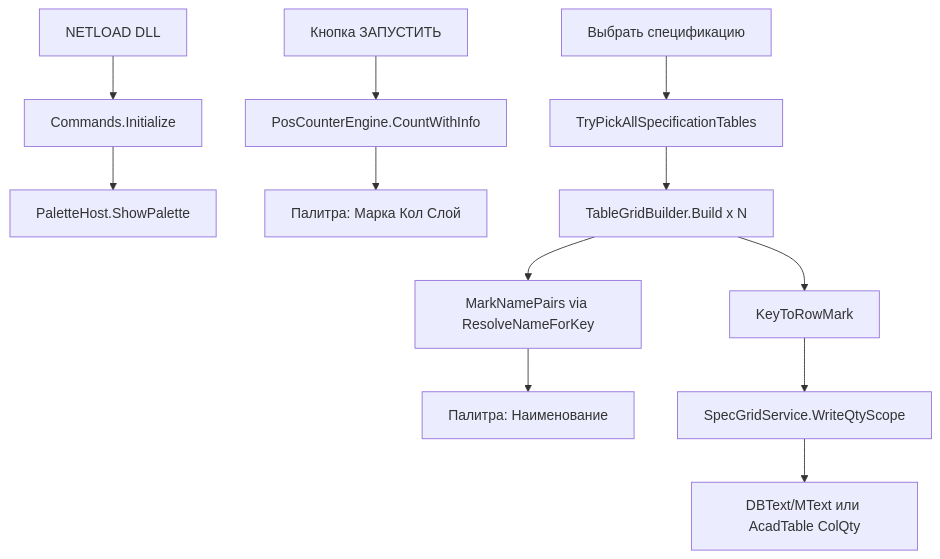
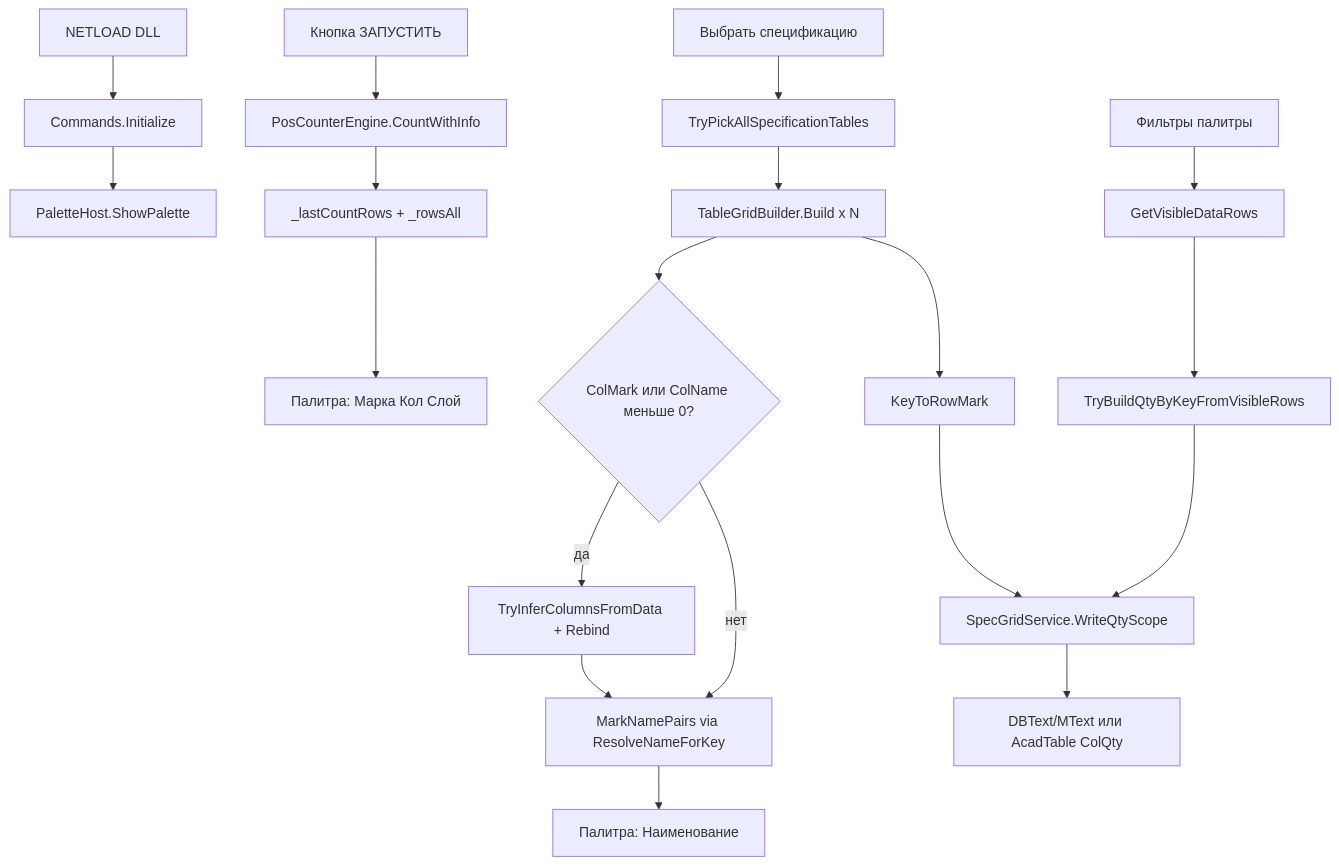
The first of 2 diagrams in .cursor/plans/factual_program_architecture.plan.md (irina-by/irina-by-pos-counter-specification-addition-2), drawn with Mermaid before and after one commit. The commit also changed other lines of this file and 50 other files, not shown here.

````diff
--- a/.cursor/plans/factual_program_architecture.plan.md
+++ b/.cursor/plans/factual_program_architecture.plan.md
@@ -18,14 +25,21 @@
 ```mermaid
 flowchart TD
     NETLOAD[NETLOAD DLL] --> Init[Commands.Initialize]
     Init --> Palette[PaletteHost.ShowPalette]
     Run[Кнопка ЗАПУСТИТЬ] --> Engine[PosCounterEngine.CountWithInfo]
-    Engine --> UI1[Палитра: Марка Кол Слой]
+    Engine --> Snap[_lastCountRows + _rowsAll]
+    Snap --> UI1[Палитра: Марка Кол Слой]
+    Filter[Фильтры палитры] --> Visible[GetVisibleDataRows]
     Spec[Выбрать спецификацию] --> Pick[TryPickAllSpecificationTables]
     Pick --> Build[TableGridBuilder.Build x N]
-    Build --> Names[MarkNamePairs via ResolveNameForKey]
+    Build --> Infer{ColMark или ColName меньше 0?}
+    Infer -->|да| InferData[TryInferColumnsFromData + Rebind]
+    Infer -->|нет| Names
+    InferData --> Names[MarkNamePairs via ResolveNameForKey]
     Build --> Keys[KeyToRowMark]
     Names --> UI2[Палитра: Наименование]
-    Keys --> Qty[SpecGridService.WriteQtyScope]
-    Qty --> DWG[DBText/MText или AcadTable ColQty]
+    Visible --> QtyMap[TryBuildQtyByKeyFromVisibleRows]
+    QtyMap --> Write[SpecGridService.WriteQtyScope]
+    Keys --> Write
+    Write --> DWG[DBText/MText или AcadTable ColQty]
 ```
````
